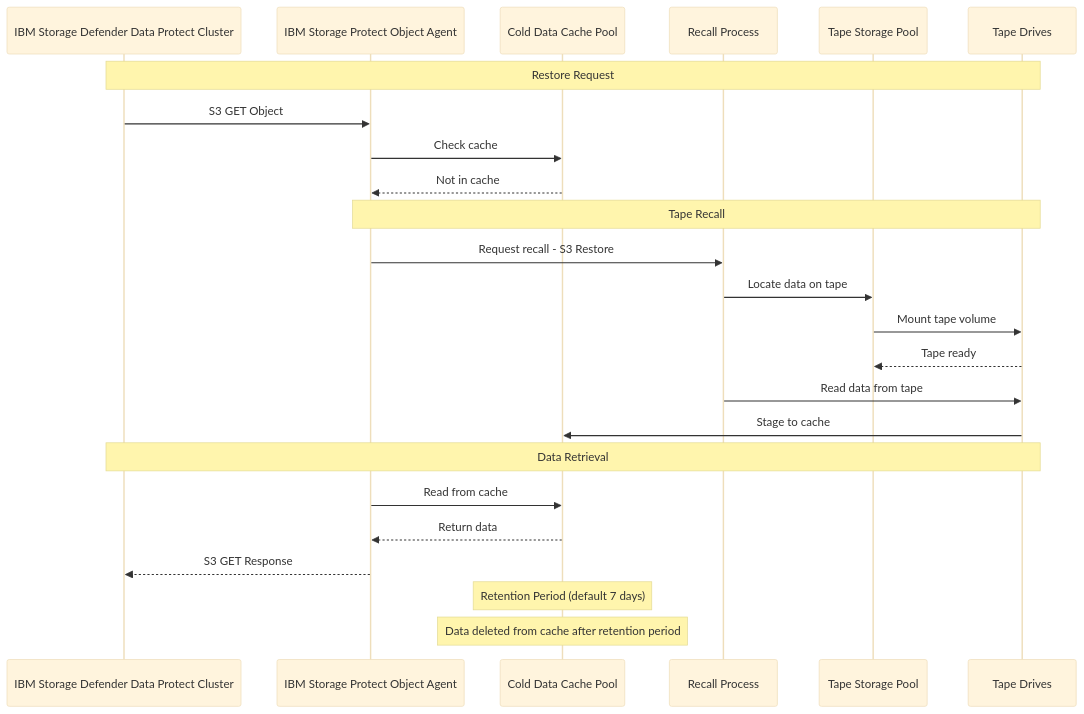
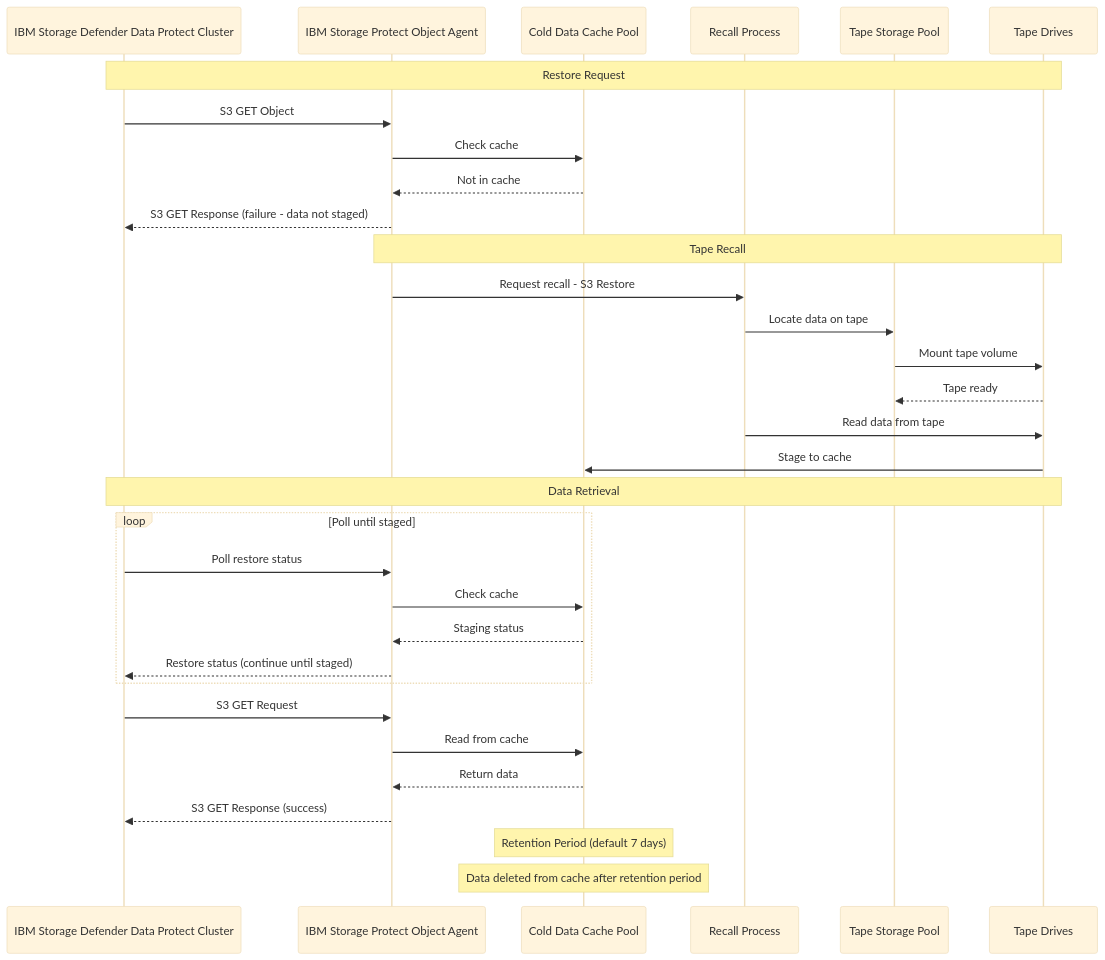
One commit to TarSemaj/storage-protect-galaxy changed the seventh of 14 diagrams in blueprint/integrations/data-protect/Defender-Data-Protect-with-Storage-Protect-Tape-Integration.md. Above: the diagram before and after it, drawn with Mermaid.

Commit message:
Corrected restore flow diagram

````diff
--- a/blueprint/integrations/data-protect/Defender-Data-Protect-with-Storage-Protect-Tape-Integration.md
+++ b/blueprint/integrations/data-protect/Defender-Data-Protect-with-Storage-Protect-Tape-Integration.md
@@ -497,31 +497,39 @@
 ```mermaid
 %%{init: {'theme':'base', 'themeVariables': {'fontSize':'11px', 'fontFamily':'arial'}}}%%
 sequenceDiagram
     participant DP as IBM Storage Defender Data Protect Cluster
     participant OA as IBM Storage Protect Object Agent
     participant CC as Cold Data Cache Pool
     participant RP as Recall Process
     participant TP as Tape Storage Pool
     participant TD as Tape Drives
     
     Note over DP,TD: Restore Request
     DP->>OA: S3 GET Object
     OA->>CC: Check cache
     CC-->>OA: Not in cache
+    OA-->>DP: S3 GET Response (failure - data not staged)
     
     Note over OA,TD: Tape Recall
     OA->>RP: Request recall - S3 Restore
     RP->>TP: Locate data on tape
     TP->>TD: Mount tape volume
     TD-->>TP: Tape ready
     RP->>TD: Read data from tape
     TD->>CC: Stage to cache
     
     Note over DP,TD: Data Retrieval
+    loop Poll until staged
+        DP->>OA: Poll restore status
+        OA->>CC: Check cache
+        CC-->>OA: Staging status
+        OA-->>DP: Restore status (continue until staged)
+    end
+    DP->>OA: S3 GET Request
     OA->>CC: Read from cache
     CC-->>OA: Return data
-    OA-->>DP: S3 GET Response
+    OA-->>DP: S3 GET Response (success)
     
     Note over CC: Retention Period (default 7 days)
     Note over CC: Data deleted from cache after retention period
 ```
````
